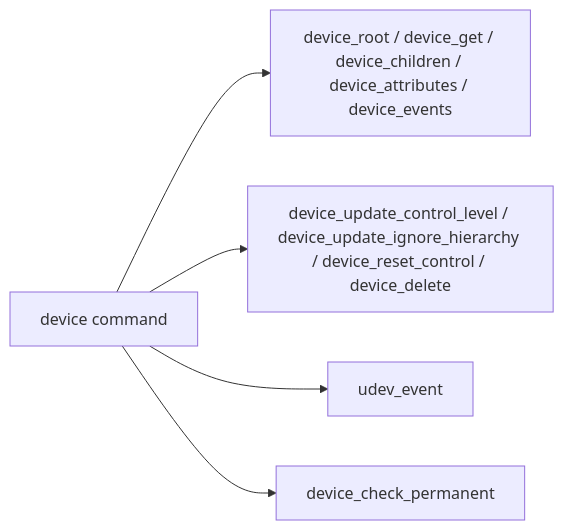
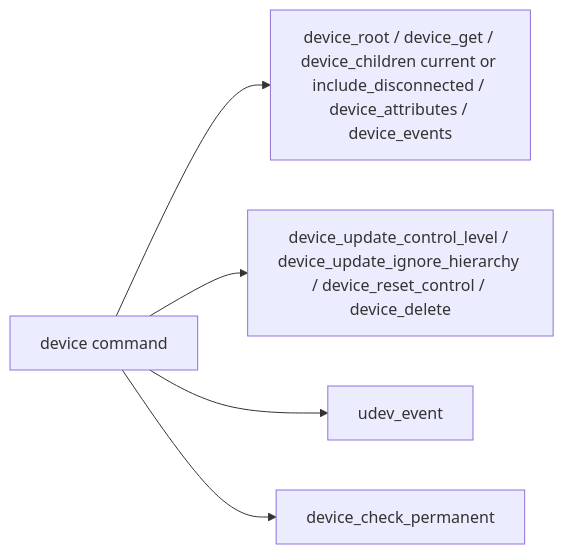
Before and after one commit to RevoltStar/FIC: the sixth of 11 diagrams in docs/architecture-diagrams.md, drawn with Mermaid. The commit also changed 6 other files, not shown here.

Commit message:
Обновление документации и интерфейса для управления устройствами: добавлен режим отображения истории устройств в GUI, изменены команды для получения детей устройств с учетом отключенных экземпляров, обновлены соответствующие диаграммы и README.

````diff
--- a/docs/architecture-diagrams.md
+++ b/docs/architecture-diagrams.md
@@ -204,8 +204,8 @@
 ```mermaid
 flowchart LR
     deviceCommands[device command]
-    deviceCommands --> read[device_root / device_get / device_children / device_attributes / device_events]
+    deviceCommands --> read[device_root / device_get / device_children current or include_disconnected / device_attributes / device_events]
     deviceCommands --> mutate[device_update_control_level / device_update_ignore_hierarchy / device_reset_control / device_delete]
     deviceCommands --> udev[udev_event]
     deviceCommands --> permanent[device_check_permanent]
 ```
````
